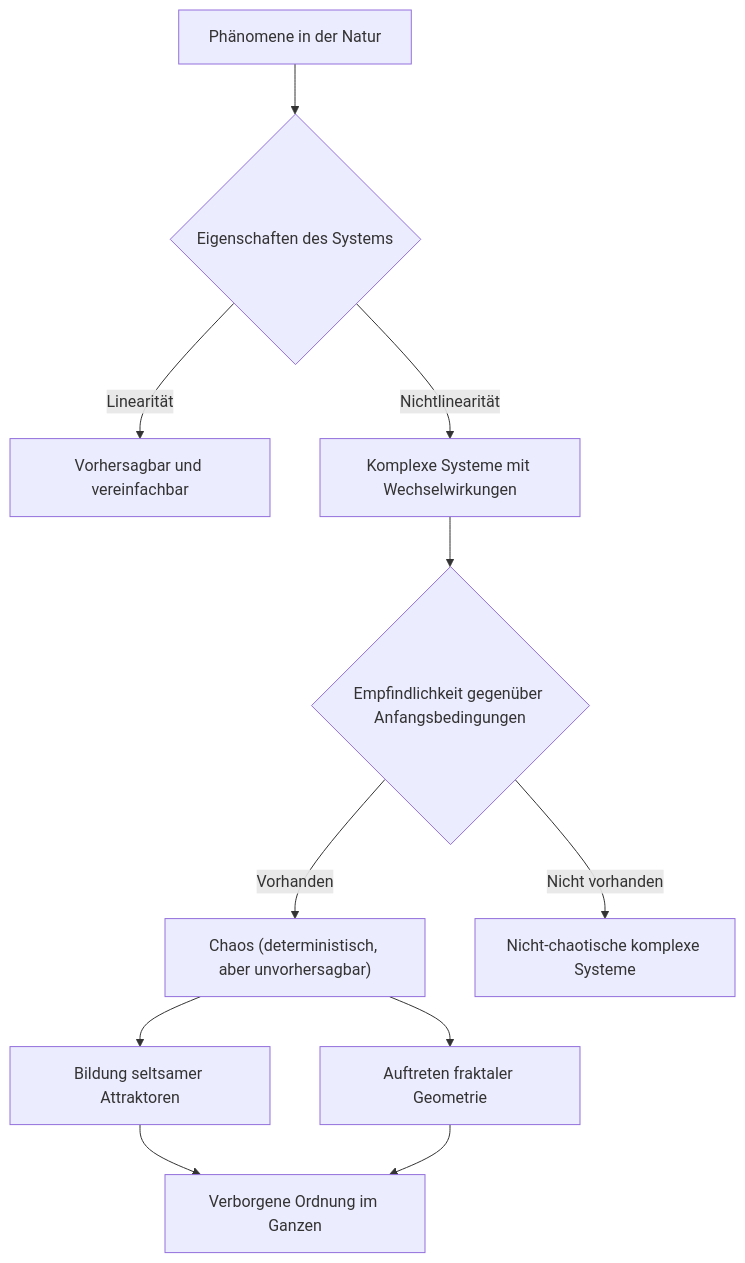
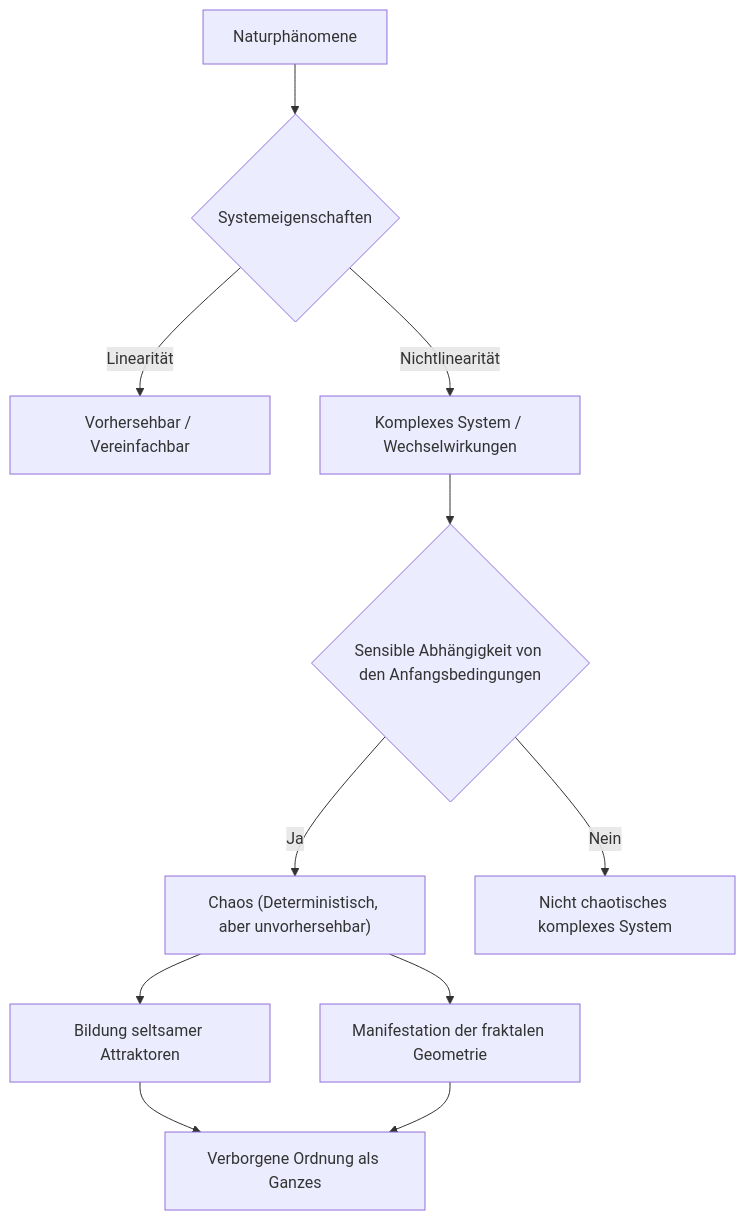
One commit to kenjinote/blog changed the second of 2 diagrams in content/post/chaos-theory/index.de.md. Above: the diagram before and after it, drawn with Mermaid. The commit also changed other lines of this file and 97 other files, not shown here.

````diff
--- a/content/post/chaos-theory/index.de.md
+++ b/content/post/chaos-theory/index.de.md
@@ -201,13 +201,13 @@
 ```mermaid
 graph TD
-    A["Phänomene in der Natur"] --> B{"Eigenschaften des Systems"}
-    B -->|"Linearität"| C["Vorhersagbar und vereinfachbar"]
-    B -->|"Nichtlinearität"| D["Komplexe Systeme mit Wechselwirkungen"]
-    D --> E{"Empfindlichkeit gegenüber Anfangsbedingungen"}
-    E -->|"Vorhanden"| F["Chaos (deterministisch, aber unvorhersagbar)"]
-    E -->|"Nicht vorhanden"| G["Nicht-chaotische komplexe Systeme"]
+    A["Naturphänomene"] --> B{"Systemeigenschaften"}
+    B -->|"Linearität"| C["Vorhersehbar / Vereinfachbar"]
+    B -->|"Nichtlinearität"| D["Komplexes System / Wechselwirkungen"]
+    D --> E{"Sensible Abhängigkeit von den Anfangsbedingungen"}
+    E -->|"Ja"| F["Chaos (Deterministisch, aber unvorhersehbar)"]
+    E -->|"Nein"| G["Nicht chaotisches komplexes System"]
     F --> H["Bildung seltsamer Attraktoren"]
-    F --> I["Auftreten fraktaler Geometrie"]
-    H --> J["Verborgene Ordnung im Ganzen"]
+    F --> I["Manifestation der fraktalen Geometrie"]
+    H --> J["Verborgene Ordnung als Ganzes"]
     I --> J
 ```
````
